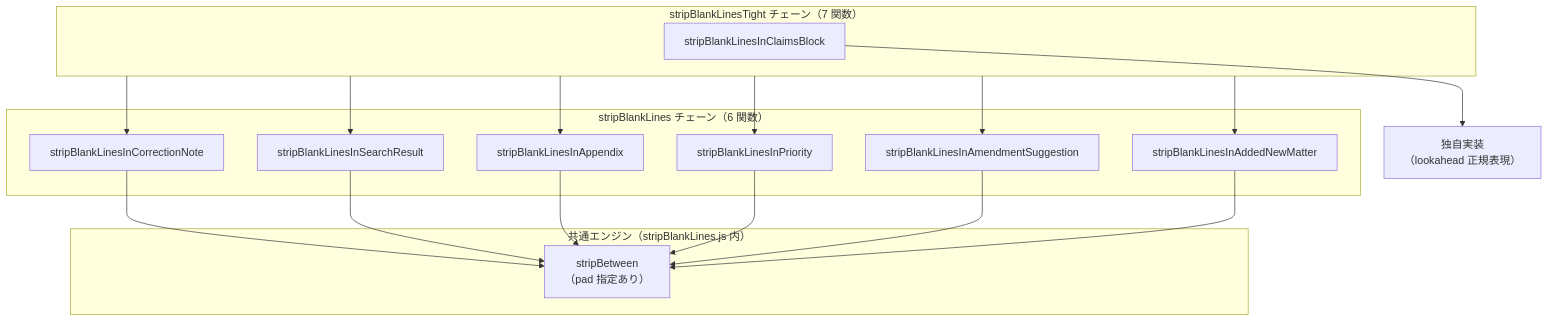
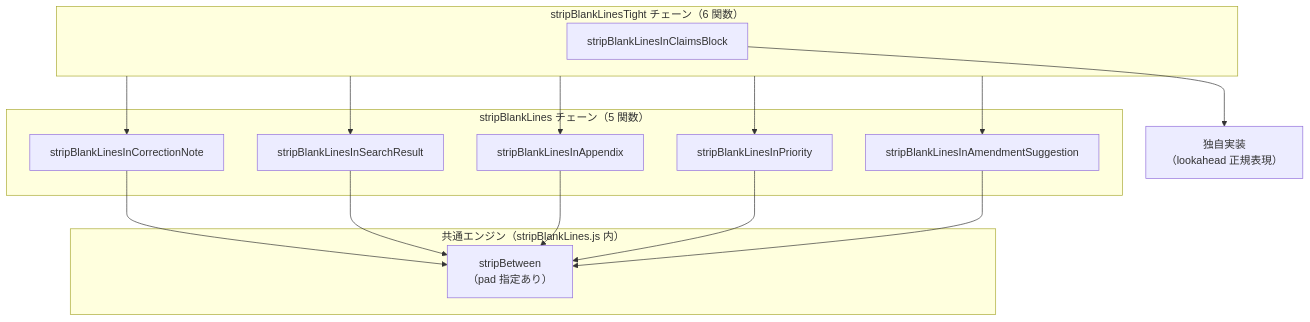
Before and after one commit to tmusimesabaoi4i/Patent_Decision_Document_Converter_v2: the diagram in js/stripBlankLines.md, drawn with Mermaid. The commit also changed other lines of this file and 6 other files, not shown here.

First line of the commit message:
Remove stripBlankLinesInAddedNewMatter; docs and counts follow

````diff
--- a/js/stripBlankLines.md
+++ b/js/stripBlankLines.md
@@ -12,23 +12,22 @@
 ```mermaid
 flowchart TD
   subgraph engines["共通エンジン（stripBlankLines.js 内）"]
     SB["stripBetween<br>（pad 指定あり）"]
   end
 
-  subgraph stripChain["stripBlankLines チェーン（6 関数）"]
+  subgraph stripChain["stripBlankLines チェーン（5 関数）"]
     F1["stripBlankLinesInCorrectionNote"]
     F2["stripBlankLinesInSearchResult"]
     F4["stripBlankLinesInAppendix"]
     F5["stripBlankLinesInPriority"]
     F6["stripBlankLinesInAmendmentSuggestion"]
-    F7["stripBlankLinesInAddedNewMatter"]
   end
 
-  subgraph stripTightChain["stripBlankLinesTight チェーン（7 関数）"]
+  subgraph stripTightChain["stripBlankLinesTight チェーン（6 関数）"]
     F8["stripBlankLinesInClaimsBlock"]
   end
 
-  F1 & F2 & F4 & F5 & F6 & F7 --> SB
-  stripTightChain --> F1 & F2 & F4 & F5 & F6 & F7
+  F1 & F2 & F4 & F5 & F6 --> SB
+  stripTightChain --> F1 & F2 & F4 & F5 & F6
   F8 --> CLB["独自実装<br>（lookahead 正規表現）"]
 ```
````
